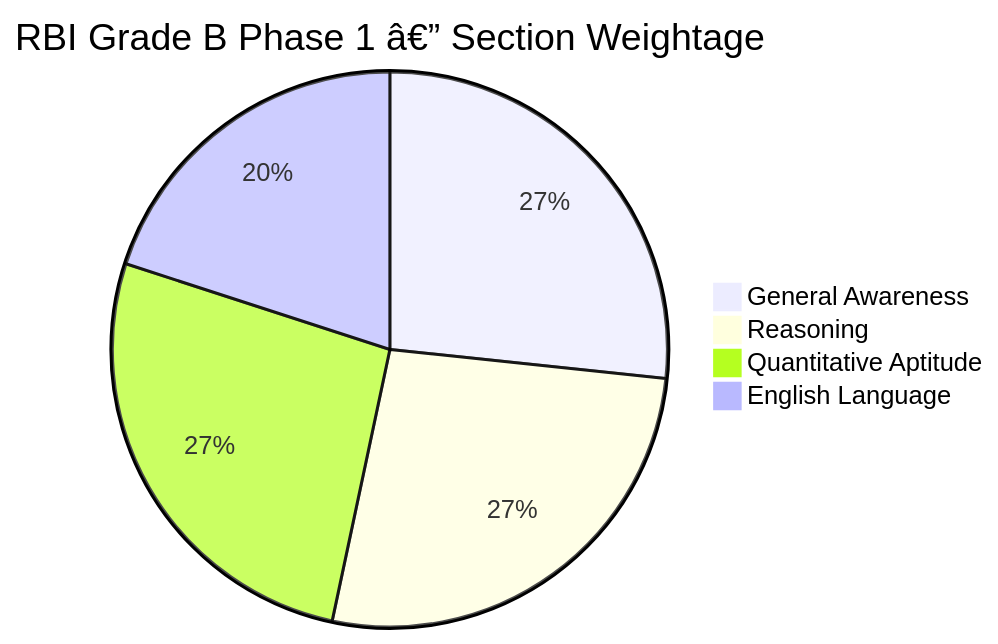
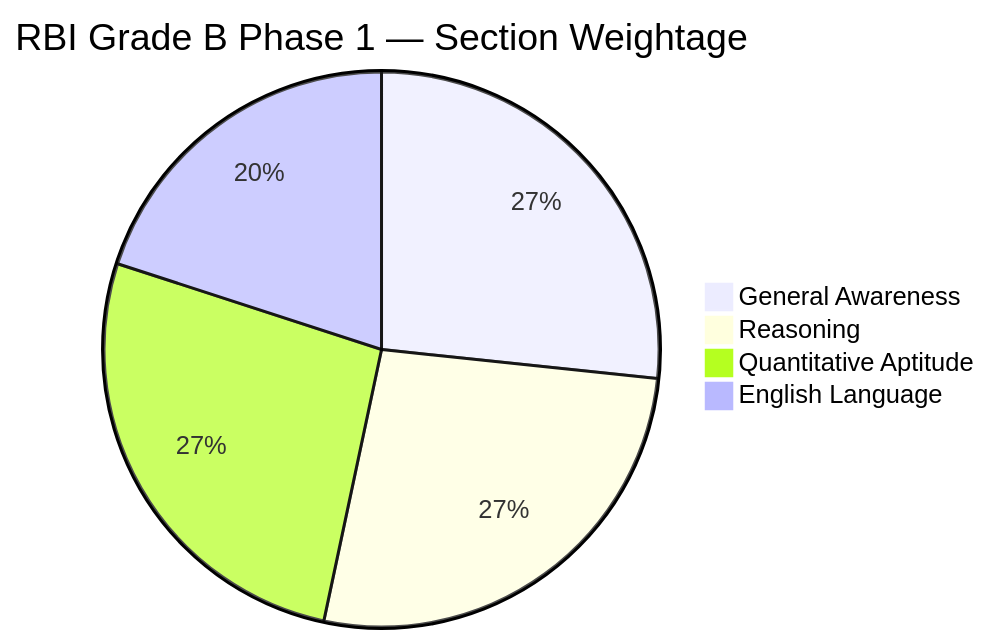
The diagram in docs/courses/mock-tests/04-rbi-grade-b.md (Raushan666java/ai-engineering-journey), drawn with Mermaid before and after one commit. The commit also changed other lines of this file and 965 other files, not shown here.

````diff
--- a/docs/courses/mock-tests/04-rbi-grade-b.md
+++ b/docs/courses/mock-tests/04-rbi-grade-b.md
@@ -41,7 +41,7 @@
 ```mermaid
-pie title RBI Grade B Phase 1 â€” Section Weightage
+pie title RBI Grade B Phase 1 — Section Weightage
     "General Awareness" : 40
     "Reasoning" : 40
     "Quantitative Aptitude" : 40
     "English Language" : 30
 ```
````
